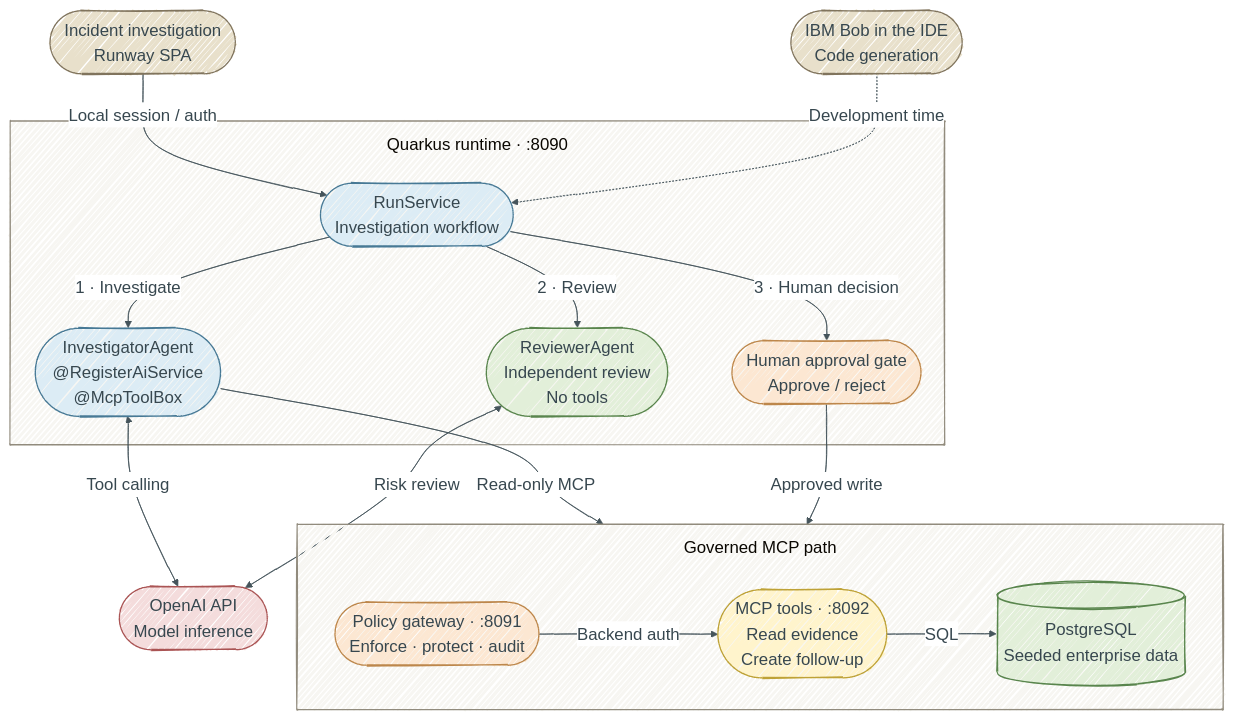
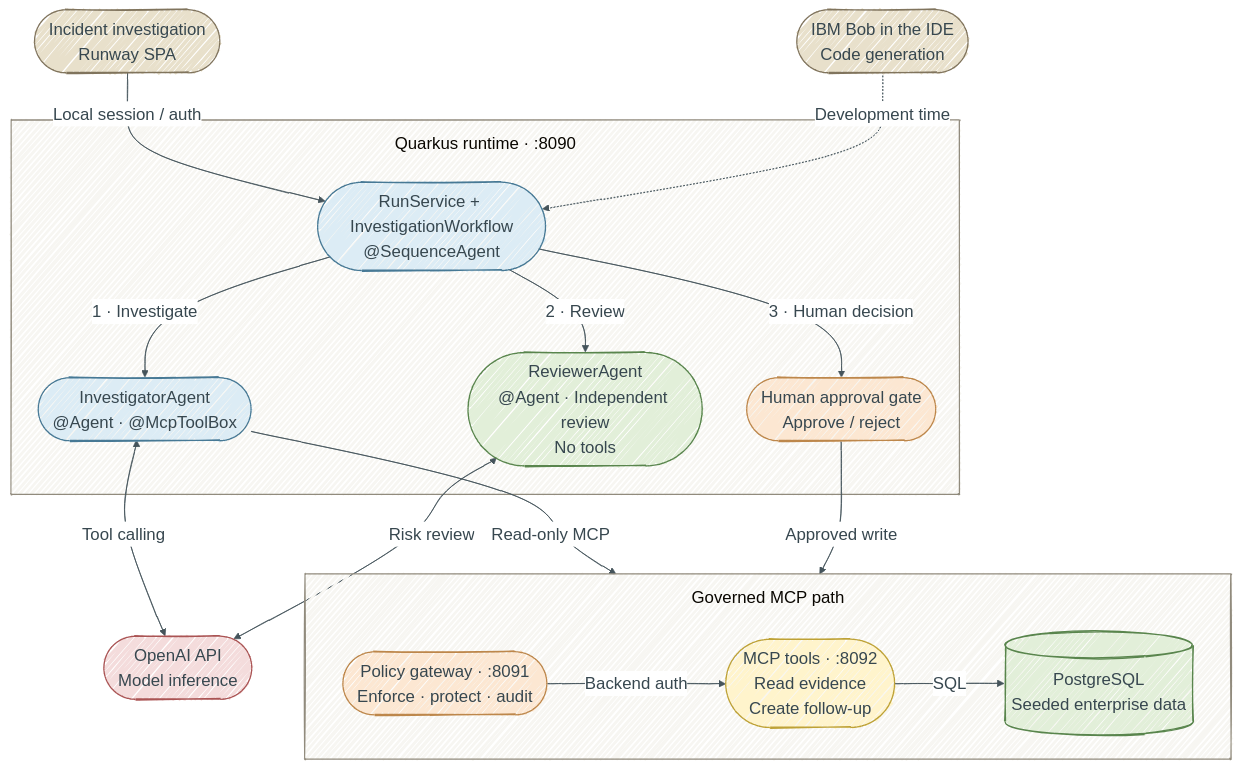
The diagram in README.md (danieloh30/enterprise-ai-runway), drawn with Mermaid before and after one commit. The commit also changed other lines of this file and 11 other files, not shown here.

Commit message:
Use LangChain4j agents in a governed investigation sequence

````diff
--- a/README.md
+++ b/README.md
@@ -64,70 +64,70 @@
 ```mermaid
 ---
 config:
   look: handDrawn
   theme: base
   handDrawnSeed: 42
   fontFamily: Arial
   flowchart:
     curve: basis
     nodeSpacing: 35
     rankSpacing: 65
     wrappingWidth: 230
     subGraphTitleMargin:
       top: 12
       bottom: 28
   themeVariables:
     fontFamily: Arial
     fontSize: 20px
     primaryTextColor: '#37474f'
     lineColor: '#45545b'
     edgeLabelBackground: '#ffffff'
     clusterBkg: '#f7f6f2'
     clusterBorder: '#918b7d'
 ---
 flowchart TB
     UI(["Incident investigation<br/>Runway SPA"])
     Bob(["IBM Bob in the IDE<br/>Code generation"])
 
     subgraph Runtime["Quarkus runtime · :8090"]
-        Workflow(["RunService<br/>Investigation workflow"])
-        Investigator(["InvestigatorAgent<br/>@RegisterAiService<br/>@McpToolBox"])
-        Reviewer(["ReviewerAgent<br/>Independent review<br/>No tools"])
+        Workflow(["RunService + InvestigationWorkflow<br/>@SequenceAgent"])
+        Investigator(["InvestigatorAgent<br/>@Agent · @McpToolBox"])
+        Reviewer(["ReviewerAgent<br/>@Agent · Independent review<br/>No tools"])
         Approval(["Human approval gate<br/>Approve / reject"])
 
         Workflow -->|1 · Investigate| Investigator
         Workflow -->|2 · Review| Reviewer
         Workflow -->|3 · Human decision| Approval
     end
 
     UI -->|Local session / auth| Workflow
     Bob -.->|Development time| Workflow
     Investigator <-->|Tool calling| Model
     Reviewer <-->|Risk review| Model
     Model(["OpenAI API<br/>Model inference"])
 
     subgraph Governed["Governed MCP path"]
         direction LR
         Gateway(["Policy gateway · :8091<br/>Enforce · protect · audit"])
         Tools(["MCP tools · :8092<br/>Read evidence<br/>Create follow-up"])
         DB[("PostgreSQL<br/>Seeded enterprise data")]
         Gateway -->|Backend auth| Tools
         Tools -->|SQL| DB
     end
 
     Investigator -->|Read-only MCP| Governed
     Approval -->|Approved write| Governed
 
     classDef entry fill:#e8e0cb,stroke:#80745d,color:#37474f,stroke-width:1.5px;
     classDef agent fill:#dcecf5,stroke:#477995,color:#37474f,stroke-width:1.5px;
     classDef review fill:#e2efd9,stroke:#59854d,color:#37474f,stroke-width:1.5px;
     classDef approval fill:#fce7d2,stroke:#bd874b,color:#37474f,stroke-width:1.5px;
     classDef tools fill:#fff4cc,stroke:#bea237,color:#37474f,stroke-width:1.5px;
     classDef external fill:#f4dcdc,stroke:#aa5454,color:#37474f,stroke-width:1.5px;
     class UI,Bob entry;
     class Workflow,Investigator agent;
     class Reviewer,DB review;
     class Approval,Gateway approval;
     class Tools tools;
     class Model external;
 ```
````
